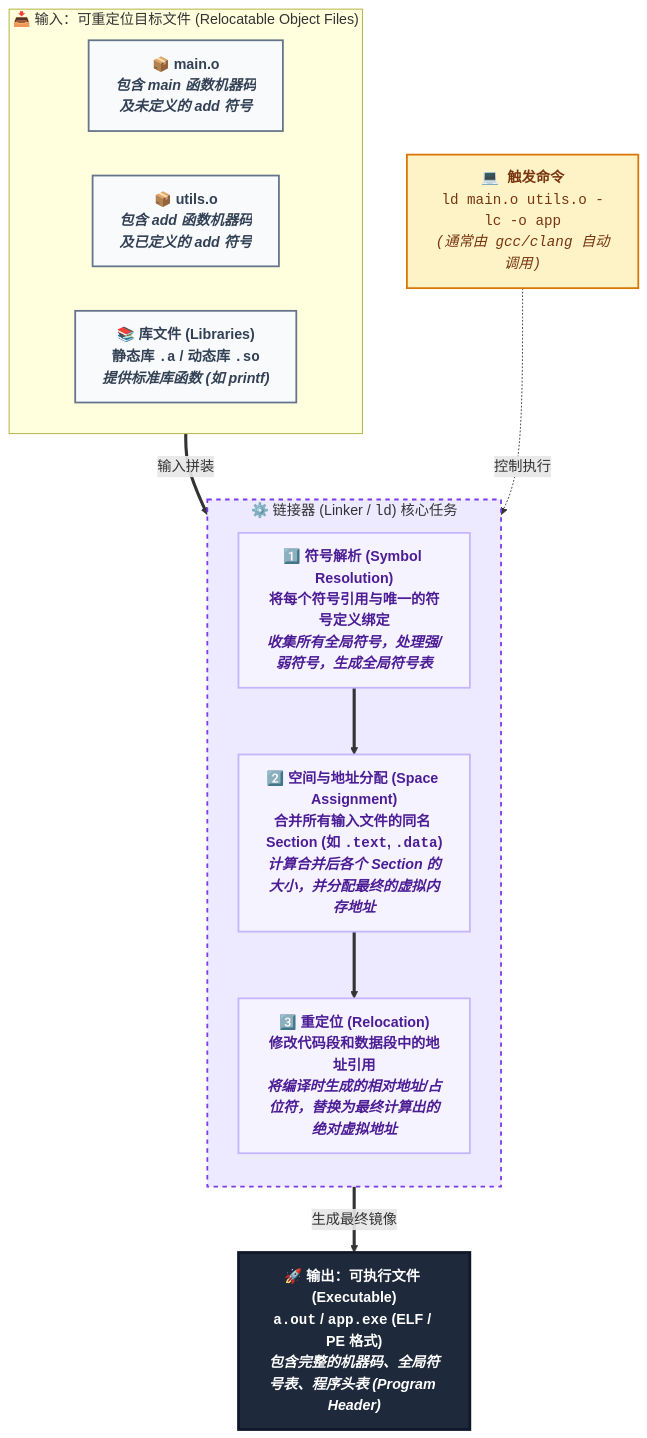
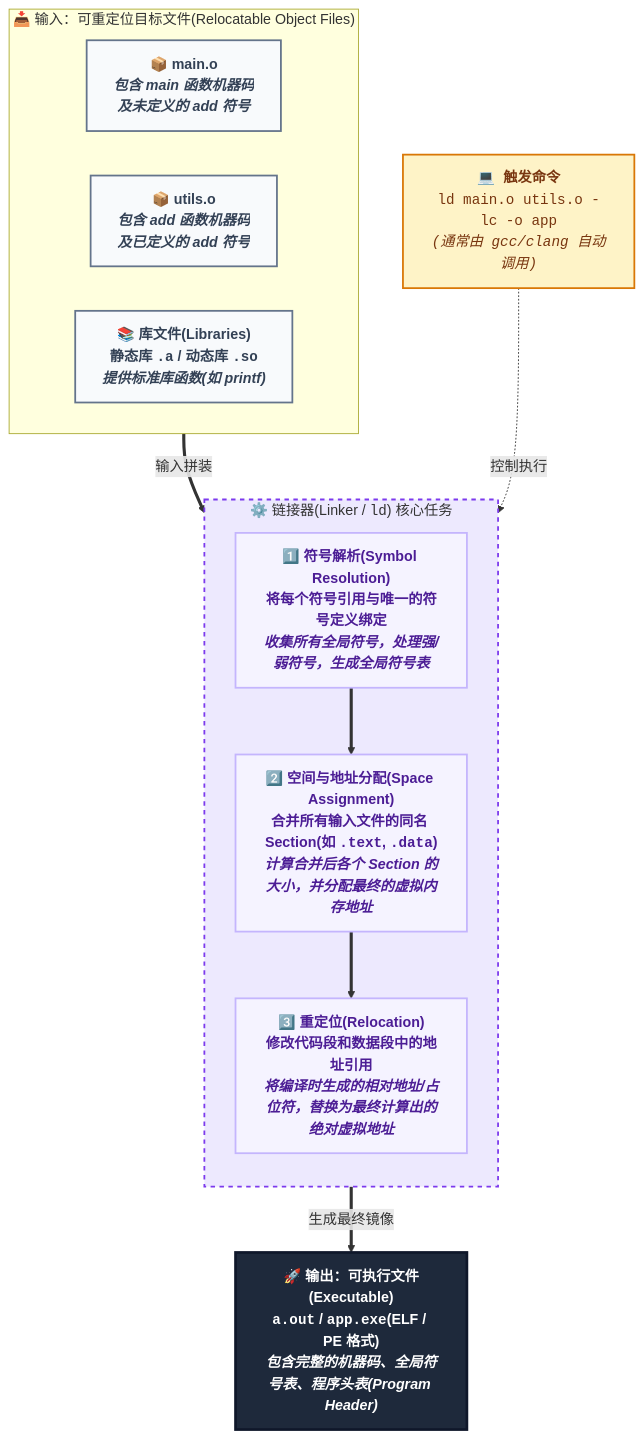
One commit to dmjcb/dmjcb.github.io changed the sixth of 10 diagrams in _posts/c_c++/compile/2021-06-15-编译过程.md. Above: the diagram before and after it, drawn with Mermaid. The commit also changed other lines of this file and 8 other files, not shown here.

````diff
--- a/_posts/c_c++/compile/2021-06-15-编译过程.md
+++ b/_posts/c_c++/compile/2021-06-15-编译过程.md
@@ -697,47 +697,47 @@
 ```mermaid
 flowchart TD
-    %% 样式定义 (延续前文色彩体系，链接阶段使用紫色系)
+    %% 样式定义(延续前文色彩体系，链接阶段使用紫色系)
     classDef fileNode fill:#f8fafc,stroke:#64748b,stroke-width:2px,color:#334155,font-weight:bold;
     
     classDef linkerBox fill:#ede9fe,stroke:#7c3aed,stroke-width:2px,stroke-dasharray: 5 5;
     classDef linkNode fill:#f5f3ff,stroke:#c4b5fd,stroke-width:2px,color:#4c1d95,font-weight:bold;
     
     classDef exeNode fill:#1e293b,stroke:#0f172a,stroke-width:3px,color:#ffffff,font-weight:bold,font-size:16px;
     classDef cmdNode fill:#fef3c7,stroke:#d97706,stroke-width:2px,color:#78350f,font-family:monospace;
 
     %% 输入文件区
-    subgraph Inputs ["📥 输入：可重定位目标文件 (Relocatable Object Files)"]
+    subgraph Inputs ["📥 输入：可重定位目标文件(Relocatable Object Files)"]
         direction LR
         O1["📦 <b>main.o</b><br/><i>包含 main 函数机器码<br/>及未定义的 add 符号</i>"]
         O2["📦 <b>utils.o</b><br/><i>包含 add 函数机器码<br/>及已定义的 add 符号</i>"]
-        Lib["📚 <b>库文件 (Libraries)</b><br/>静态库 <code>.a</code> / 动态库 <code>.so</code><br/><i>提供标准库函数 (如 printf)</i>"]
+        Lib["📚 <b>库文件(Libraries)</b><br/>静态库 <code>.a</code> / 动态库 <code>.so</code><br/><i>提供标准库函数(如 printf)</i>"]
     end
 
     %% 链接器核心区
-    subgraph Linker ["⚙️ 链接器 (Linker / <code>ld</code>) 核心任务"]
+    subgraph Linker ["⚙️ 链接器(Linker / <code>ld</code>) 核心任务"]
         direction TB
-        S1["1️⃣ <b>符号解析 (Symbol Resolution)</b><br/>将每个符号引用与唯一的符号定义绑定<br/><i>收集所有全局符号，处理强/弱符号，生成全局符号表</i>"]
-        S2["2️⃣ <b>空间与地址分配 (Space Assignment)</b><br/>合并所有输入文件的同名 Section (如 <code>.text</code>, <code>.data</code>)<br/><i>计算合并后各个 Section 的大小，并分配最终的虚拟内存地址</i>"]
-        S3["3️⃣ <b>重定位 (Relocation)</b><br/>修改代码段和数据段中的地址引用<br/><i>将编译时生成的相对地址/占位符，替换为最终计算出的绝对虚拟地址</i>"]
+        S1["1️⃣ <b>符号解析(Symbol Resolution)</b><br/>将每个符号引用与唯一的符号定义绑定<br/><i>收集所有全局符号，处理强/弱符号，生成全局符号表</i>"]
+        S2["2️⃣ <b>空间与地址分配(Space Assignment)</b><br/>合并所有输入文件的同名 Section(如 <code>.text</code>, <code>.data</code>)<br/><i>计算合并后各个 Section 的大小，并分配最终的虚拟内存地址</i>"]
+        S3["3️⃣ <b>重定位(Relocation)</b><br/>修改代码段和数据段中的地址引用<br/><i>将编译时生成的相对地址/占位符，替换为最终计算出的绝对虚拟地址</i>"]
         
         S1 ==> S2 ==> S3
     end
 
     %% 输出文件区
-    Out["🚀 <b>输出：可执行文件 (Executable)</b><br/><code>a.out</code> / <code>app.exe</code> (ELF / PE 格式)<br/><i>包含完整的机器码、全局符号表、程序头表 (Program Header)</i>"]
+    Out["🚀 <b>输出：可执行文件(Executable)</b><br/><code>a.out</code> / <code>app.exe</code>(ELF / PE 格式)<br/><i>包含完整的机器码、全局符号表、程序头表(Program Header)</i>"]
     
     Cmd["💻 <b>触发命令</b><br/><code>ld main.o utils.o -lc -o app</code><br/><i>(通常由 gcc/clang 自动调用)</i>"]
 
     %% 连线关系
     Inputs ==>|"输入拼装"| Linker
     Linker ==>|"生成最终镜像"| Out
     Cmd -. "控制执行" .-> Linker
 
     %% 应用样式
     class O1,O2,Lib fileNode;
     class Linker linkerBox;
     class S1,S2,S3 linkNode;
     class Out exeNode;
     class Cmd cmdNode;
 
 ```
````
